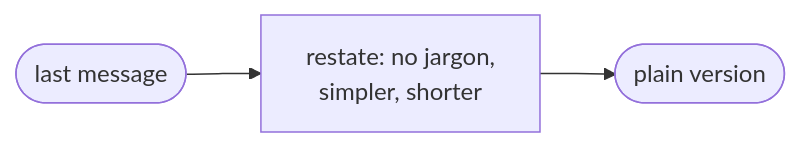
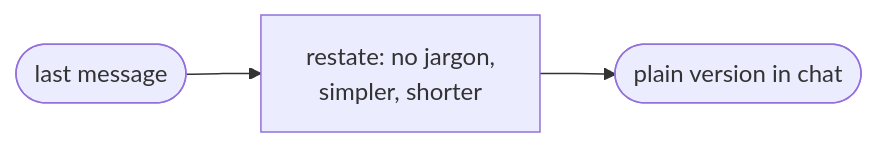
Before and after one commit to le0u0/just-do-it: the diagram in docs/to-charsiu.md, drawn with Mermaid. The commit also changed other lines of this file and 82 other files, not shown here.

Commit message:
feat!: replace justaway mode with independent skill storage, go-setup, go-flow, and to-test-doc

````diff
--- a/docs/to-charsiu.md
+++ b/docs/to-charsiu.md
@@ -9,5 +9,5 @@
 ```mermaid
 flowchart LR
     M([last message]) --> R[restate: no jargon,<br/>simpler, shorter]
-    R --> O([plain version])
+    R --> O([plain version in chat])
 ```
````
